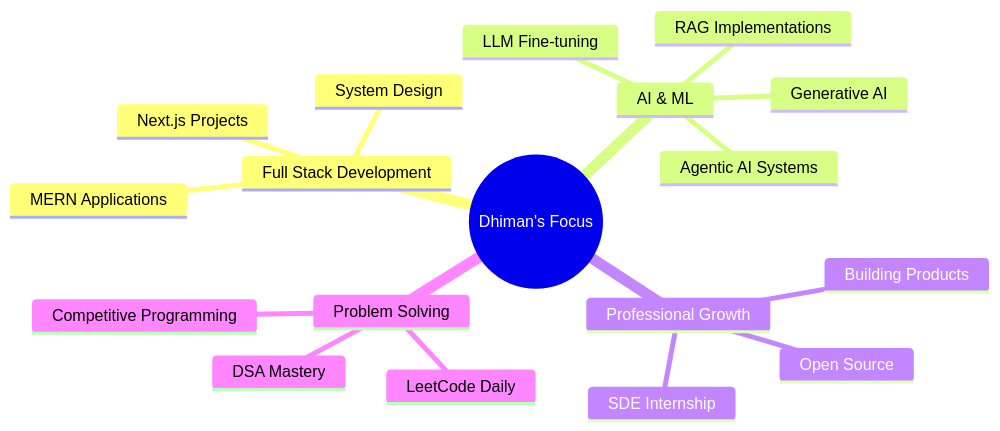
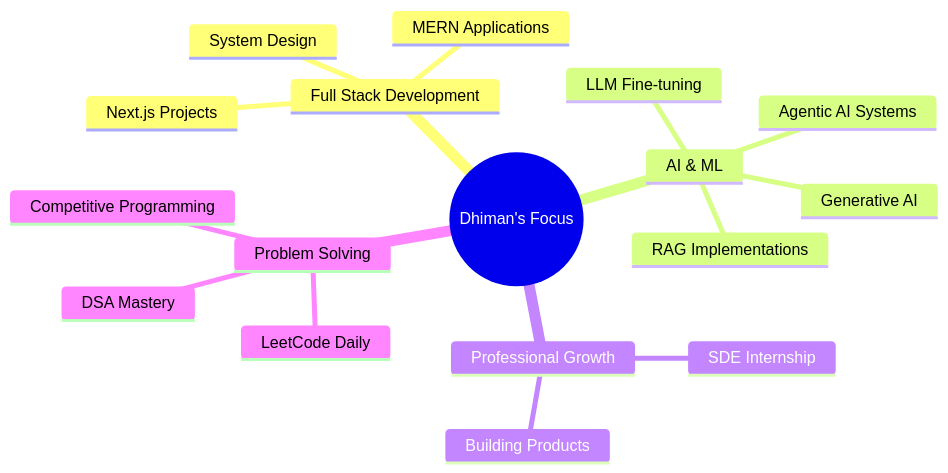
Before and after one commit to DhimanMajumdar/DhimanMajumdar: the diagram in README.md, drawn with Mermaid. The commit also changed other lines of this file, not shown here.

````diff
--- a/README.md
+++ b/README.md
@@ -120,21 +120,20 @@
 ```mermaid
 mindmap
   root((Dhiman's Focus))
     Full Stack Development
       Next.js Projects
       MERN Applications
       System Design
     AI & ML
       Generative AI
       Agentic AI Systems
       RAG Implementations
       LLM Fine-tuning
     Professional Growth
       SDE Internship
       Building Products
-      Open Source
     Problem Solving
       LeetCode Daily
       DSA Mastery
       Competitive Programming
 ```
````
